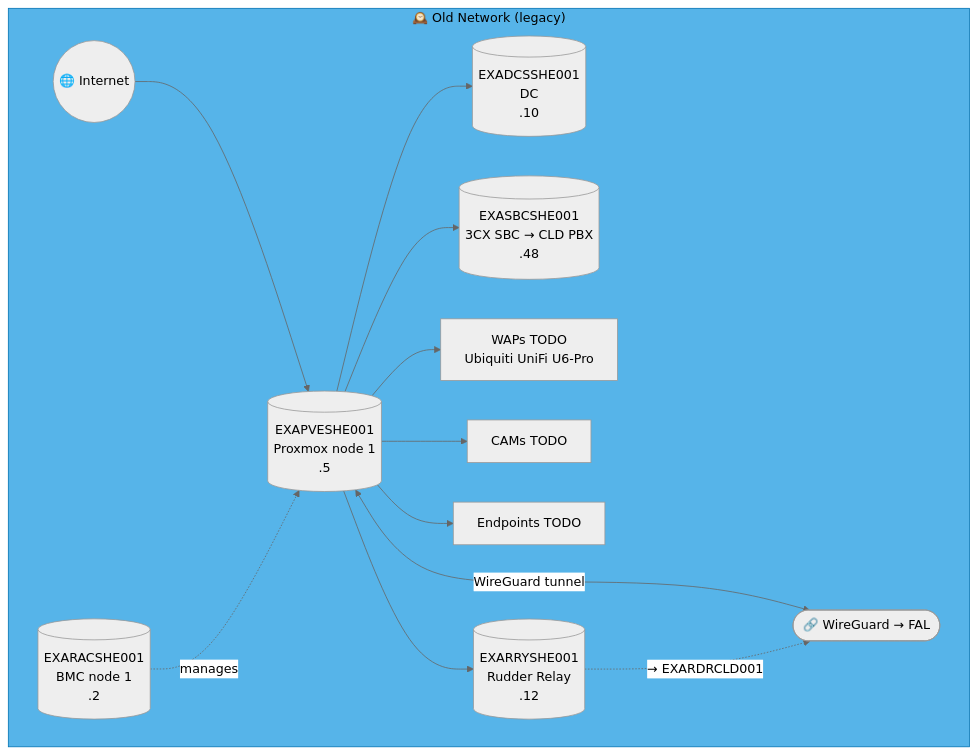
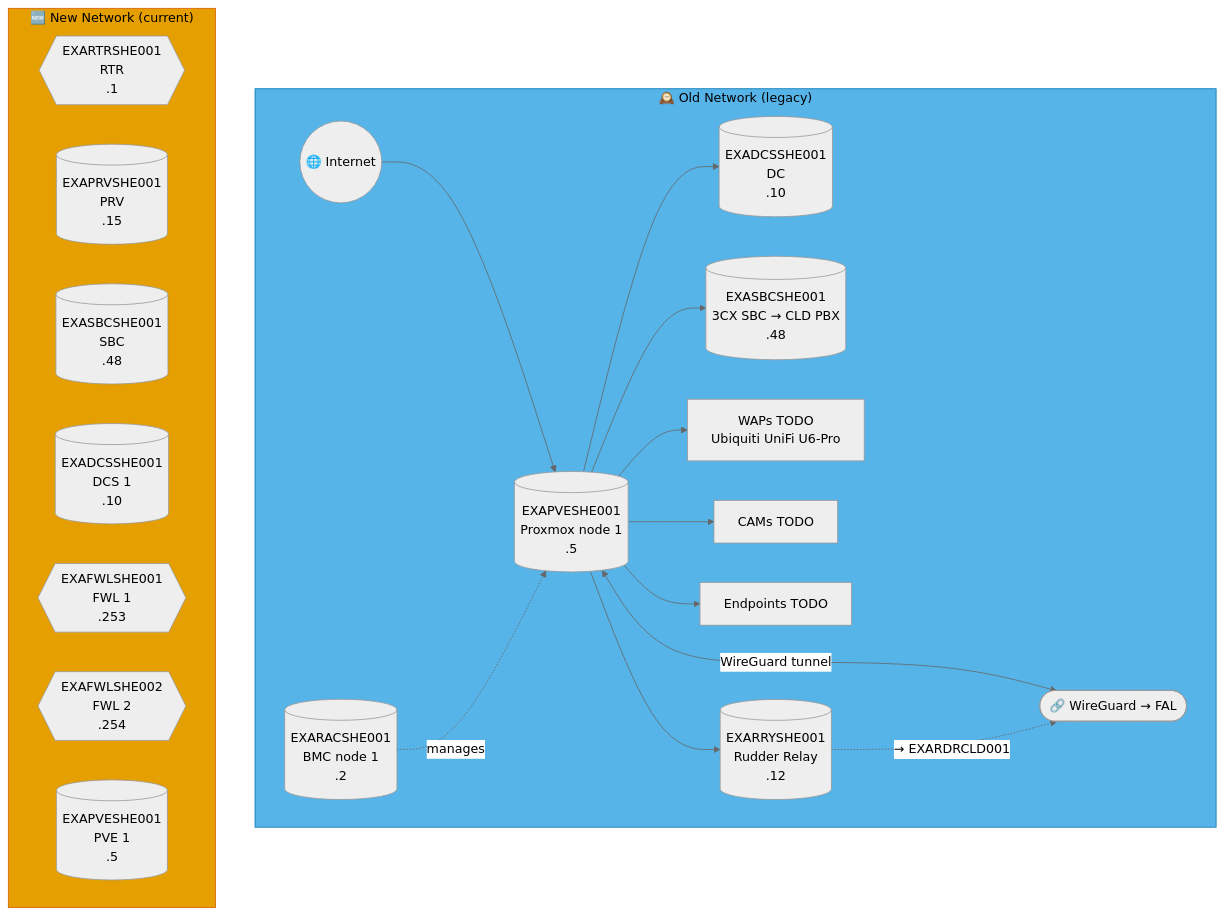
One commit to knightmare2600/example_music_infra changed diagram 14 of 51 in docs/network-diagram.md. Above: the diagram before and after it, drawn with Mermaid (neutral theme). The commit also changed other lines of this file and 1 other file, not shown here.

````diff
--- a/docs/network-diagram.md
+++ b/docs/network-diagram.md
@@ -724,24 +1005,36 @@
 ```mermaid
 graph TD
     subgraph OLD_SHE ["🕰️ Old Network (legacy)"]
       INET(("🌐 Internet"))
       RAC[("EXARACSHE001<br/>BMC node 1<br/>.2")]
       PVE[("EXAPVESHE001<br/>Proxmox node 1<br/>.5")]
       DC[("EXADCSSHE001<br/>DC<br/>.10")]
       SBC[("EXASBCSHE001<br/>3CX SBC → CLD PBX<br/>.48")]
       RRY[("EXARRYSHE001<br/>Rudder Relay<br/>.12")]
       WAP["WAPs TODO<br/>Ubiquiti UniFi U6-Pro"]
       CAM["CAMs TODO"]
       EP["Endpoints TODO"]
       VPN(["🔗 WireGuard → FAL"])
 
       INET --> PVE --> DC & SBC
       RAC -.->|"manages"| PVE
       PVE --> WAP & CAM & EP
       PVE <-->|"WireGuard tunnel"| VPN
 
       PVE --> RRY
       RRY -. "→ EXARDRCLD001" .-> VPN
     end
     style OLD_SHE fill:#56B4E9,stroke:#0072B2,color:#000000
+    %% GENERATED:NEW-NETWORK:SHE:START
+    subgraph NEW_SHE ["🆕 New Network (current)"]
+      N_RTR{{"EXARTRSHE001<br/>RTR<br/>.1"}}
+      N_PRV[("EXAPRVSHE001<br/>PRV<br/>.15")]
+      N_SBC[("EXASBCSHE001<br/>SBC<br/>.48")]
+      N_DCS[("EXADCSSHE001<br/>DCS 1<br/>.10")]
+      N_FWL{{"EXAFWLSHE001<br/>FWL 1<br/>.253"}}
+      N_FWL2{{"EXAFWLSHE002<br/>FWL 2<br/>.254"}}
+      N_PVE[("EXAPVESHE001<br/>PVE 1<br/>.5")]
+    end
+    style NEW_SHE fill:#E69F00,stroke:#D55E00,color:#000000
+    %% GENERATED:NEW-NETWORK:SHE:END
 ```
````
